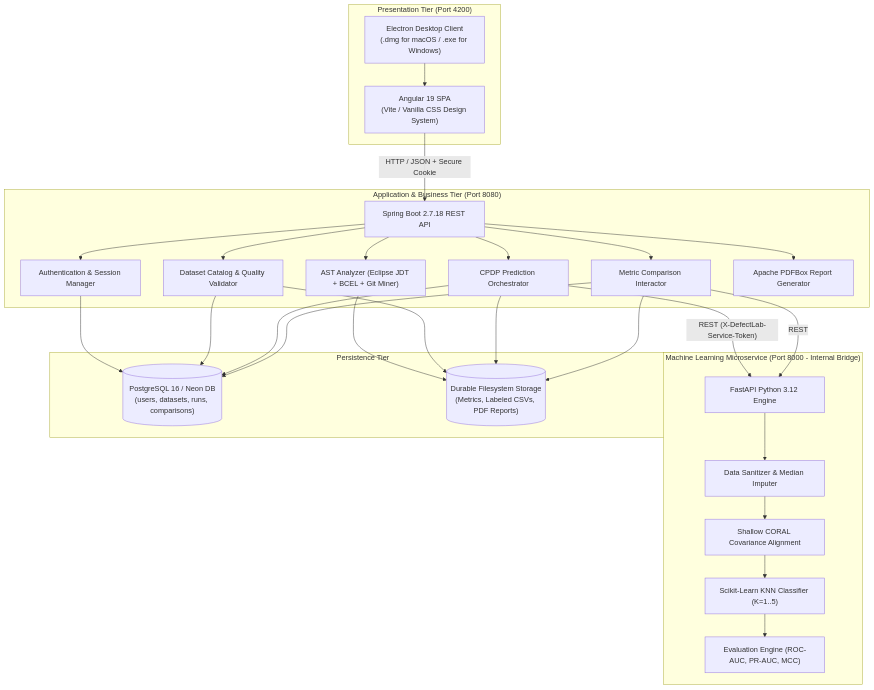
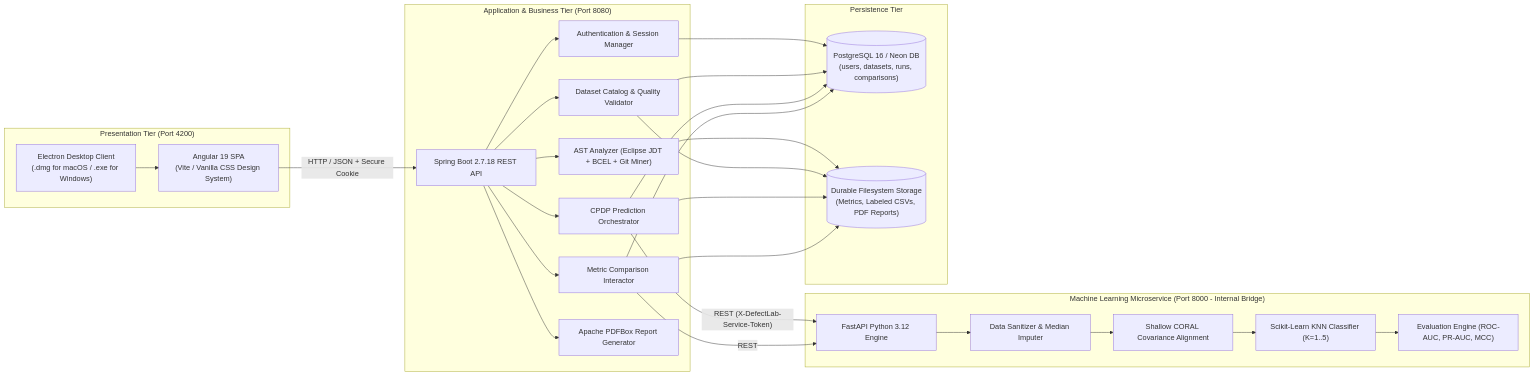
The first of 5 diagrams in README.md (Rakibul1411/Software-Metrics-Calculation), drawn with Mermaid before and after one commit. The commit also changed other lines of this file, not shown here.

Commit message:
docs: update mermaid diagrams to use left-to-right layout in README

````diff
--- a/README.md
+++ b/README.md
@@ -42,54 +42,54 @@
 ```mermaid
-flowchart TD
+flowchart LR
     subgraph Presentation_Tier["Presentation Tier (Port 4200)"]
         UI["Angular 19 SPA<br/>(Vite / Vanilla CSS Design System)"]
         DESKTOP["Electron Desktop Client<br/>(.dmg for macOS / .exe for Windows)"]
     end
 
     subgraph Application_Tier["Application & Business Tier (Port 8080)"]
         API["Spring Boot 2.7.18 REST API"]
         AUTH["Authentication & Session Manager"]
         ANALYSIS["AST Analyzer (Eclipse JDT + BCEL + Git Miner)"]
         DATASET["Dataset Catalog & Quality Validator"]
         PREDICT["CPDP Prediction Orchestrator"]
         COMPARE["Metric Comparison Interactor"]
         REPORT["Apache PDFBox Report Generator"]
     end
 
     subgraph ML_Tier["Machine Learning Microservice (Port 8000 - Internal Bridge)"]
         ML["FastAPI Python 3.12 Engine"]
         PREP["Data Sanitizer & Median Imputer"]
         CORAL["Shallow CORAL Covariance Alignment"]
         KNN["Scikit-Learn KNN Classifier (K=1..5)"]
         EVAL["Evaluation Engine (ROC-AUC, PR-AUC, MCC)"]
     end
 
     subgraph Persistence_Tier["Persistence Tier"]
         DB[("PostgreSQL 16 / Neon DB<br/>(users, datasets, runs, comparisons)")]
         STORAGE[("Durable Filesystem Storage<br/>(Metrics, Labeled CSVs, PDF Reports)")]
     end
 
     DESKTOP --> UI
     UI -->|HTTP / JSON + Secure Cookie| API
     API --> AUTH
     API --> ANALYSIS
     API --> DATASET
     API --> PREDICT
     API --> COMPARE
     API --> REPORT
 
     PREDICT -->|"REST (X-DefectLab-Service-Token)"| ML
     COMPARE -->|REST| ML
 
     ML --> PREP --> CORAL --> KNN --> EVAL
 
     AUTH --> DB
     DATASET --> DB
     PREDICT --> DB
     COMPARE --> DB
 
     ANALYSIS --> STORAGE
     DATASET --> STORAGE
     PREDICT --> STORAGE
     COMPARE --> STORAGE
 ```
````
